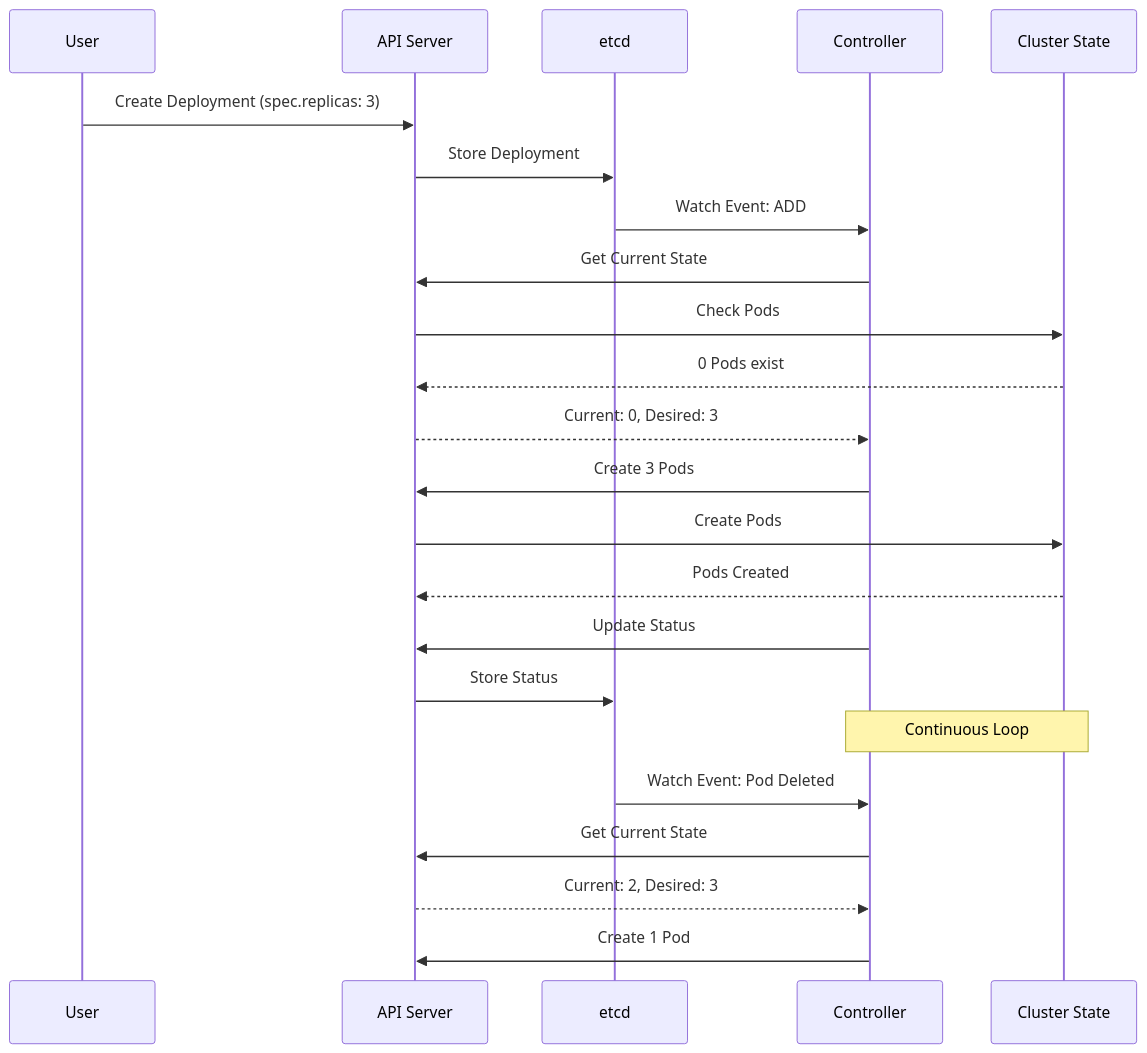
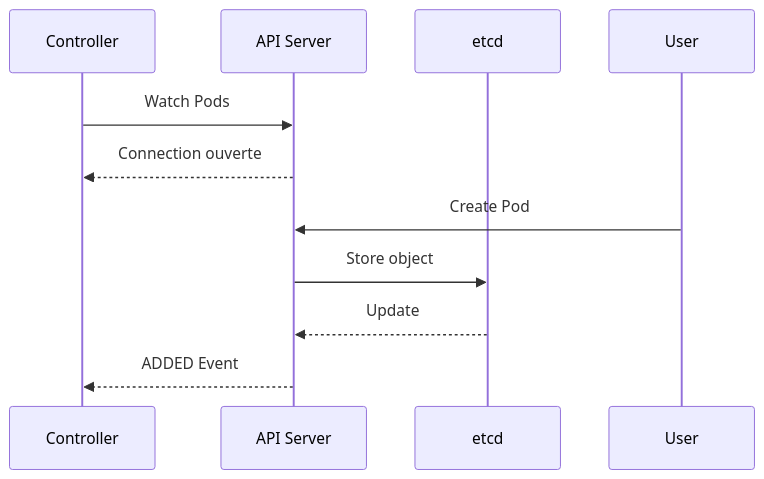
One commit to fallewi/advanced-kubernetes-trainings changed the third of 10 diagrams in k8s-operators-pratique/module-01/lessons/03-controller-pattern.md. Above: the diagram before and after it, drawn with Mermaid. The commit also changed other lines of this file, not shown here.

````diff
--- a/k8s-operators-pratique/module-01/lessons/03-controller-pattern.md
+++ b/k8s-operators-pratique/module-01/lessons/03-controller-pattern.md
@@ -81,27 +828,15 @@
 ```mermaid
 sequenceDiagram
-    participant User
+    participant Controller
     participant API as API Server
-    participant etcd as etcd
-    participant Controller as Controller
-    participant Cluster as Cluster State
-    
-    User->>API: Create Deployment (spec.replicas: 3)
-    API->>etcd: Store Deployment
-    etcd->>Controller: Watch Event: ADD
-    Controller->>API: Get Current State
-    API->>Cluster: Check Pods
-    Cluster-->>API: 0 Pods exist
-    API-->>Controller: Current: 0, Desired: 3
-    Controller->>API: Create 3 Pods
-    API->>Cluster: Create Pods
-    Cluster-->>API: Pods Created
-    Controller->>API: Update Status
-    API->>etcd: Store Status
-    
-    Note over Controller,Cluster: Continuous Loop
-    etcd->>Controller: Watch Event: Pod Deleted
-    Controller->>API: Get Current State
-    API-->>Controller: Current: 2, Desired: 3
-    Controller->>API: Create 1 Pod
+    participant etcd
+
+    Controller->>API: Watch Pods
+    API-->>Controller: Connection ouverte
+
+    User->>API: Create Pod
+    API->>etcd: Store object
+    etcd-->>API: Update
+
+    API-->>Controller: ADDED Event
 ```
````
